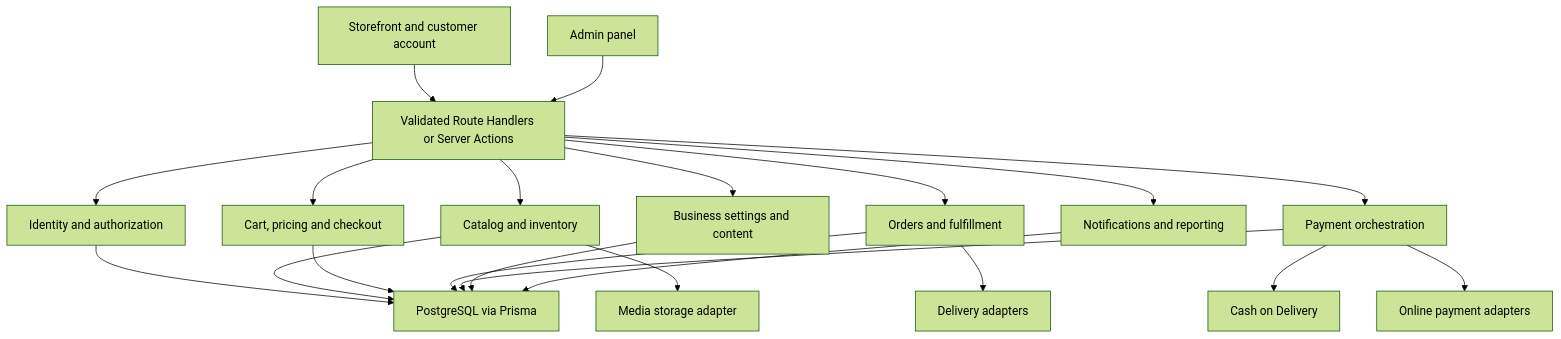
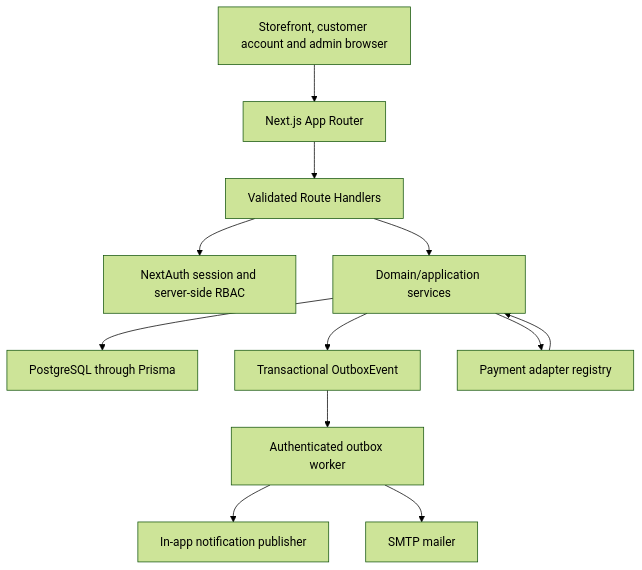
One commit to arifulbgt4/Marketplace changed the first of 5 diagrams in docs/ARCHITECTURE.md. Above: the diagram before and after it, drawn with Mermaid (forest theme). The commit also changed other lines of this file and 378 other files, not shown here.

````diff
--- a/docs/ARCHITECTURE.md
+++ b/docs/ARCHITECTURE.md
@@ -11,30 +29,26 @@
 ```mermaid
 flowchart TB
-    Store["Storefront and customer account"]
-    Admin["Admin panel"]
-    Boundary["Validated Route Handlers or Server Actions"]
+    Browser["Storefront, customer account and admin browser"]
+    Next["Next.js App Router"]
+    API["Validated Route Handlers"]
+    Auth["NextAuth session and server-side RBAC"]
+    Domain["Domain/application services"]
+    DB["PostgreSQL through Prisma"]
+    Outbox["Transactional OutboxEvent"]
+    Worker["Authenticated outbox worker"]
+    InApp["In-app notification publisher"]
+    SMTP["SMTP mailer"]
+    Payment["Payment adapter registry"]
 
-    Store --> Boundary
-    Admin --> Boundary
-
-    Boundary --> Identity["Identity and authorization"]
-    Boundary --> Catalog["Catalog and inventory"]
-    Boundary --> Checkout["Cart, pricing and checkout"]
-    Boundary --> Orders["Orders and fulfillment"]
-    Boundary --> Payments["Payment orchestration"]
-    Boundary --> Settings["Business settings and content"]
-    Boundary --> Notify["Notifications and reporting"]
-
-    Payments --> COD["Cash on Delivery"]
-    Payments --> Gateway["Online payment adapters"]
-    Orders --> Shipping["Delivery adapters"]
-    Catalog --> Storage["Media storage adapter"]
-
-    Identity --> DB["PostgreSQL via Prisma"]
-    Catalog --> DB
-    Checkout --> DB
-    Orders --> DB
-    Payments --> DB
-    Settings --> DB
-    Notify --> DB
+    Browser --> Next
+    Next --> API
+    API --> Auth
+    API --> Domain
+    Domain --> DB
+    Domain --> Outbox
+    Outbox --> Worker
+    Worker --> InApp
+    Worker --> SMTP
+    Domain --> Payment
+    Payment --> Domain
 ```
````
